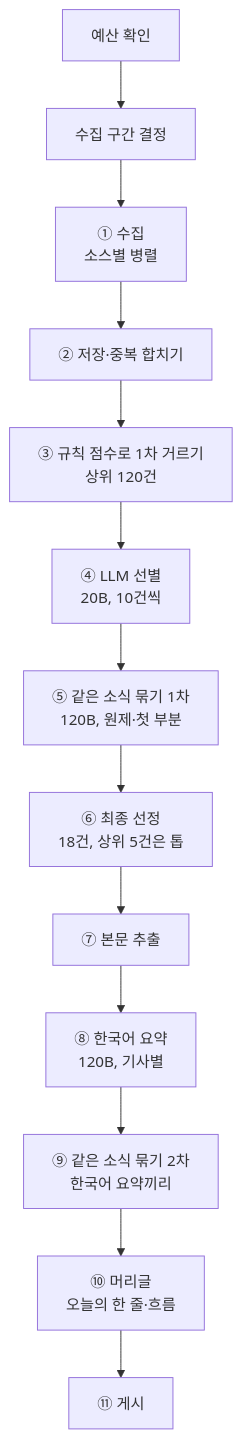
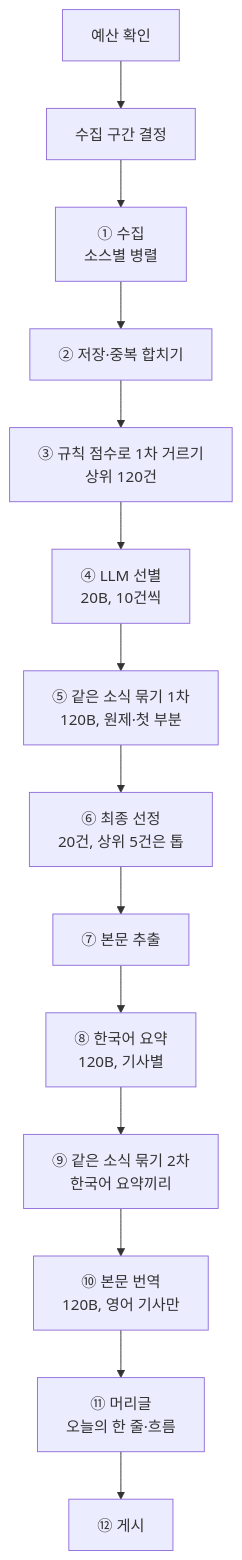
The third of 7 diagrams in docs/04-business-flows.md (EPIGEXE/jogan-news), drawn with Mermaid before and after one commit. The commit also changed other lines of this file and 123 other files, not shown here.

````diff
--- a/docs/04-business-flows.md
+++ b/docs/04-business-flows.md
@@ -83,15 +90,16 @@
 ```mermaid
 flowchart TB
   P0[예산 확인] --> P1[수집 구간 결정]
   P1 --> P2[① 수집<br/>소스별 병렬]
   P2 --> P3[② 저장·중복 합치기]
   P3 --> P4[③ 규칙 점수로 1차 거르기<br/>상위 120건]
   P4 --> P5[④ LLM 선별<br/>20B, 10건씩]
   P5 --> P6[⑤ 같은 소식 묶기 1차<br/>120B, 원제·첫 부분]
-  P6 --> P7[⑥ 최종 선정<br/>18건, 상위 5건은 톱]
+  P6 --> P7[⑥ 최종 선정<br/>20건, 상위 5건은 톱]
   P7 --> P8[⑦ 본문 추출]
   P8 --> P9[⑧ 한국어 요약<br/>120B, 기사별]
   P9 --> P10[⑨ 같은 소식 묶기 2차<br/>한국어 요약끼리]
-  P10 --> P11[⑩ 머리글<br/>오늘의 한 줄·흐름]
-  P11 --> P12[⑪ 게시]
+  P10 --> P13[⑩ 본문 번역<br/>120B, 영어 기사만]
+  P13 --> P11[⑪ 머리글<br/>오늘의 한 줄·흐름]
+  P11 --> P12[⑫ 게시]
 ```
````
